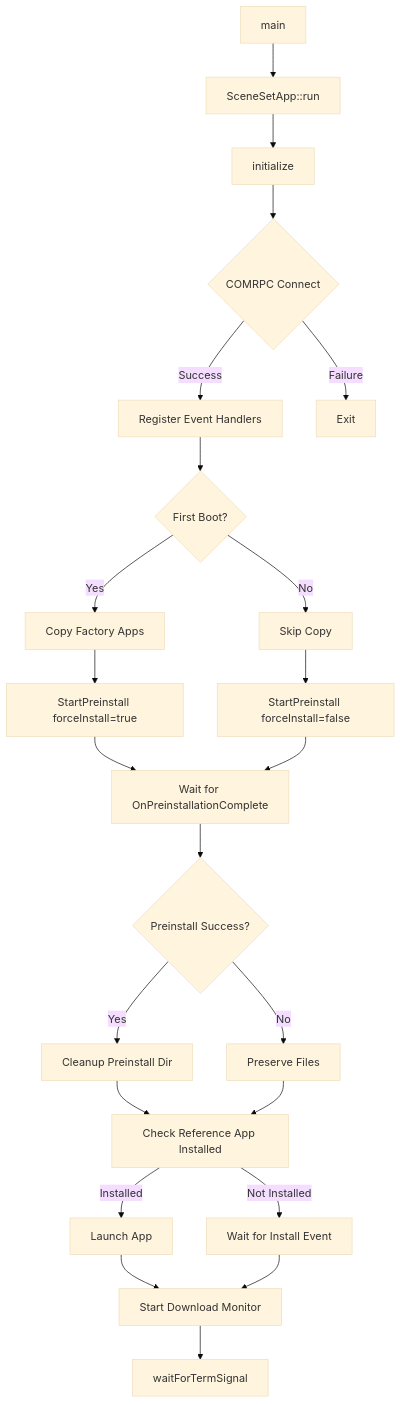
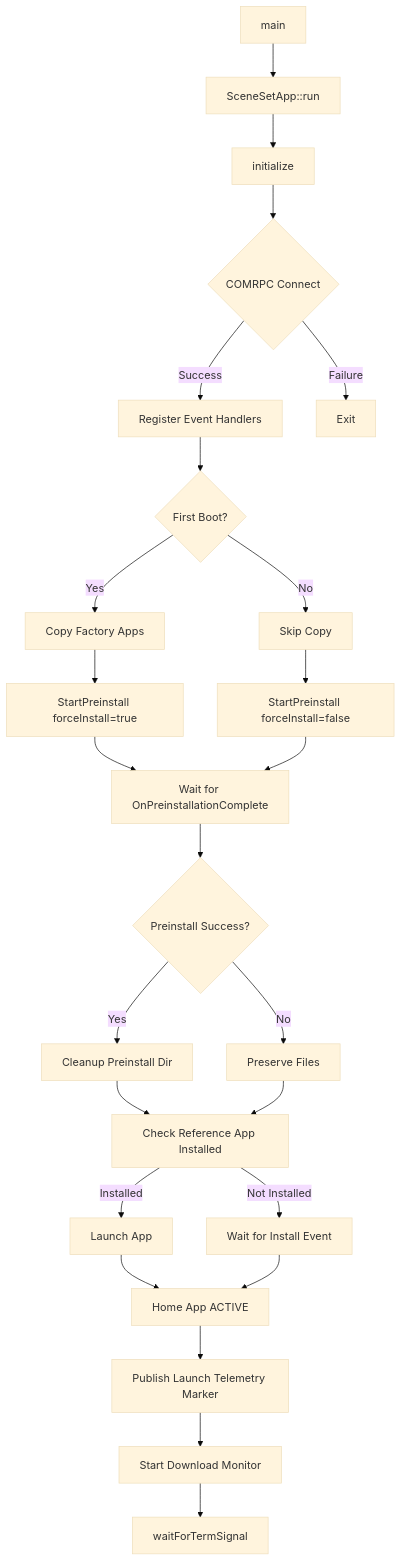
One commit to gourivarma3/sceneset changed the third of 5 diagrams in docs/architecture.md. Above: the diagram before and after it, drawn with Mermaid (base theme). The commit also changed other lines of this file and 3 other files, not shown here.

````diff
--- a/docs/architecture.md
+++ b/docs/architecture.md
@@ -153,25 +154,27 @@
 ```mermaid
 flowchart TD
     A[main] --> B[SceneSetApp::run]
     B --> C[initialize]
     C --> D{COMRPC Connect}
     D -->|Success| E[Register Event Handlers]
     D -->|Failure| Z[Exit]
     E --> F{First Boot?}
     F -->|Yes| G[Copy Factory Apps]
     F -->|No| H[Skip Copy]
     G --> I[StartPreinstall forceInstall=true]
     H --> J[StartPreinstall forceInstall=false]
     I --> K[Wait for OnPreinstallationComplete]
     J --> K
     K --> L{Preinstall Success?}
     L -->|Yes| M[Cleanup Preinstall Dir]
     L -->|No| N[Preserve Files]
     M --> O[Check Reference App Installed]
     N --> O
     O -->|Installed| P[Launch App]
     O -->|Not Installed| Q[Wait for Install Event]
-    P --> R[Start Download Monitor]
+    P --> R[Home App ACTIVE]
     Q --> R
-    R --> S[waitForTermSignal]
+    R --> T[Publish Launch Telemetry Marker]
+    T --> U[Start Download Monitor]
+    U --> S[waitForTermSignal]
 ```
````
